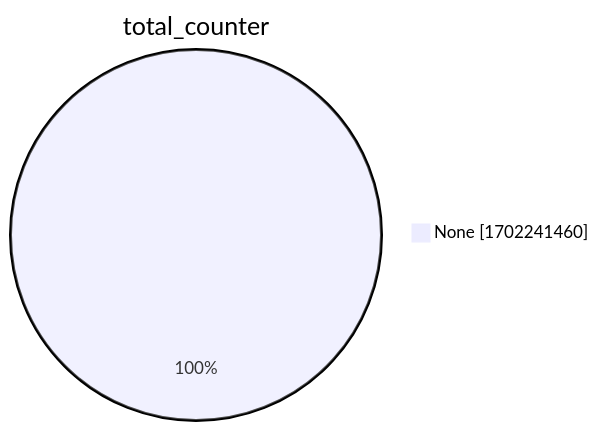
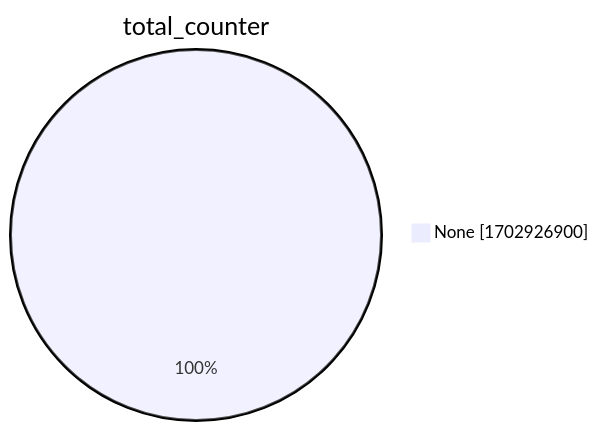
The second of 15 diagrams in xenon2022/README.md (christiankrug/ctmonitor_visualization), drawn with Mermaid before and after one commit. The commit also changed other lines of this file, not shown here.

````diff
--- a/xenon2022/README.md
+++ b/xenon2022/README.md
@@ -9,5 +9,5 @@
 ```mermaid
 pie showData
 title total_counter
-"None" :1702241460
+"None" :1702926900
 ```
````
